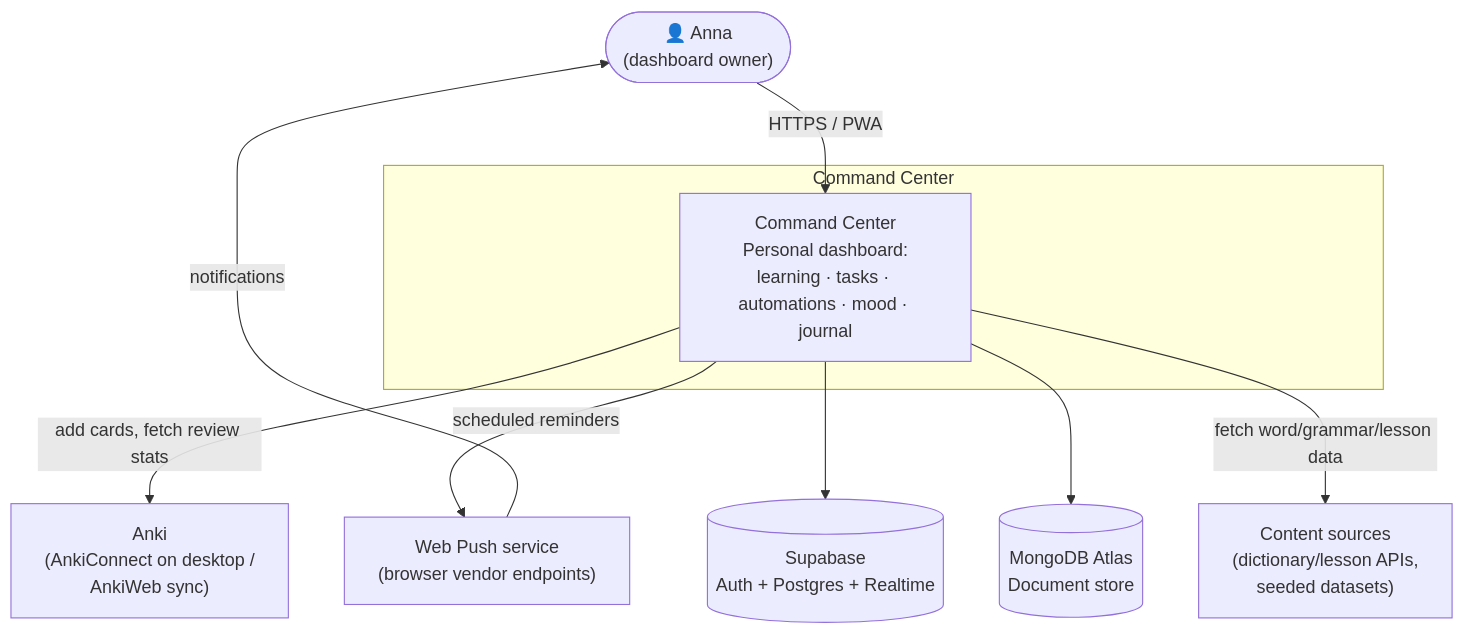
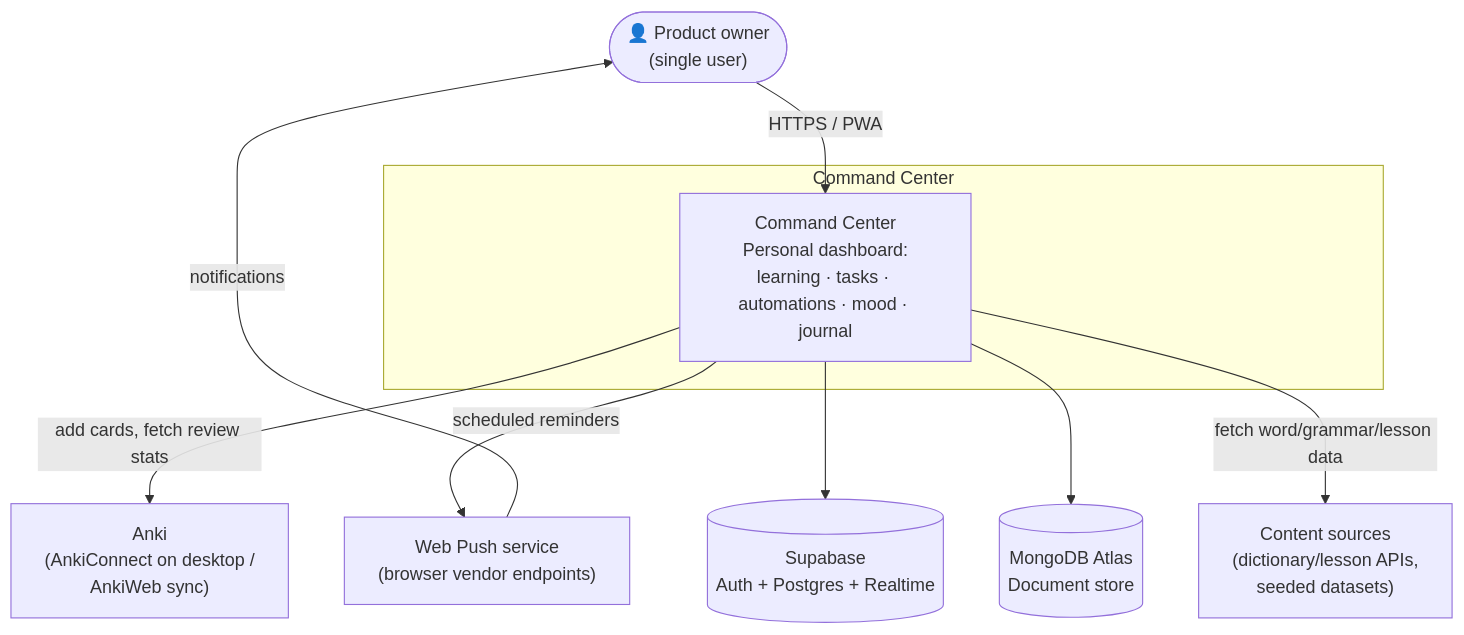
Before and after one commit to Auua/command-center: the first of 6 diagrams in docs/ARD.md, drawn with Mermaid. The commit also changed other lines of this file and 18 other files, not shown here.

````diff
--- a/docs/ARD.md
+++ b/docs/ARD.md
@@ -36,22 +36,22 @@
 ```mermaid
 flowchart TB
-    user(["👤 Anna<br/>(dashboard owner)"])
+    user(["👤 Product owner<br/>(single user)"])
 
     subgraph cc ["Command Center"]
         system["Command Center<br/>Personal dashboard:<br/>learning · tasks · automations · mood · journal"]
     end
 
     anki["Anki<br/>(AnkiConnect on desktop /<br/>AnkiWeb sync)"]
     push["Web Push service<br/>(browser vendor endpoints)"]
     supabase[("Supabase<br/>Auth + Postgres + Realtime")]
     mongo[("MongoDB Atlas<br/>Document store")]
     content["Content sources<br/>(dictionary/lesson APIs,<br/>seeded datasets)"]
 
     user -->|"HTTPS / PWA"| system
     system -->|"add cards, fetch review stats"| anki
     system -->|"scheduled reminders"| push
     push -->|"notifications"| user
     system --> supabase
     system --> mongo
     system -->|"fetch word/grammar/lesson data"| content
 ```
````
